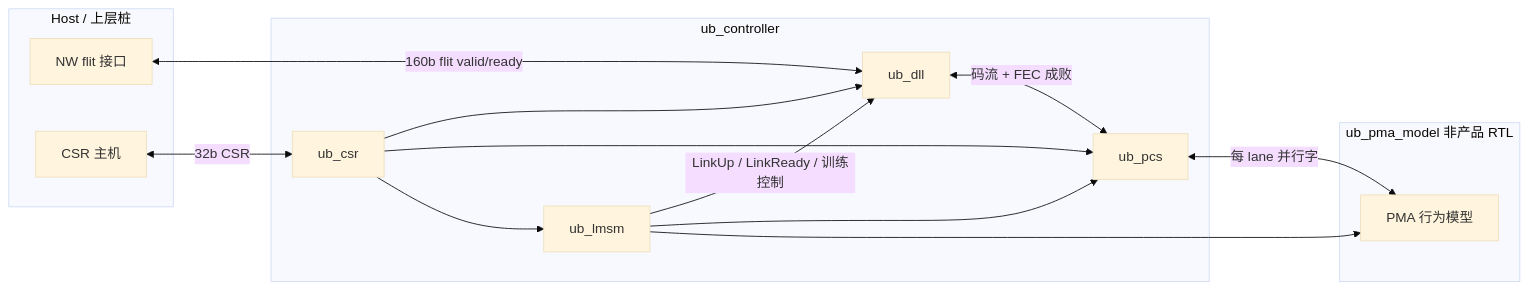
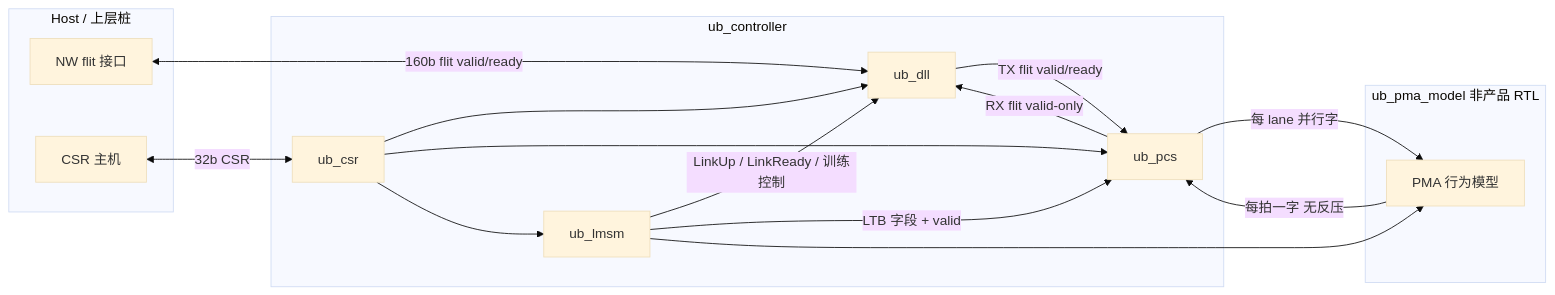
Before and after one commit to lukebest/Vibe-UB: the first of 4 diagrams in docs/SPEC.md, drawn with Mermaid (base theme). The commit also changed other lines of this file and 3 other files, not shown here.

First line of the commit message:
docs: close LTB interface, valid-only RX, and CSR clear rules

````diff
--- a/docs/SPEC.md
+++ b/docs/SPEC.md
@@ -74,29 +74,31 @@
 ```mermaid
 flowchart LR
   subgraph host [Host / 上层桩]
     NW[NW flit 接口]
     SW[CSR 主机]
   end
 
   subgraph ub [ub_controller]
     CSR[ub_csr]
     DLL[ub_dll]
     PCS[ub_pcs]
     LMSM[ub_lmsm]
   end
 
   subgraph pma [ub_pma_model 非产品 RTL]
     PMA[PMA 行为模型]
   end
 
   NW <-->|160b flit valid/ready| DLL
   SW <-->|32b CSR| CSR
   CSR --> DLL
   CSR --> PCS
   CSR --> LMSM
-  DLL <-->|码流 + FEC 成败| PCS
+  DLL -->|TX flit valid/ready| PCS
+  PCS -->|RX flit valid-only| DLL
   LMSM -->|LinkUp / LinkReady / 训练控制| DLL
-  LMSM --> PCS
+  LMSM -->|LTB 字段 + valid| PCS
   LMSM --> PMA
-  PCS <-->|每 lane 并行字| PMA
+  PCS -->|每 lane 并行字| PMA
+  PMA -->|每拍一字 无反压| PCS
 ```
````
